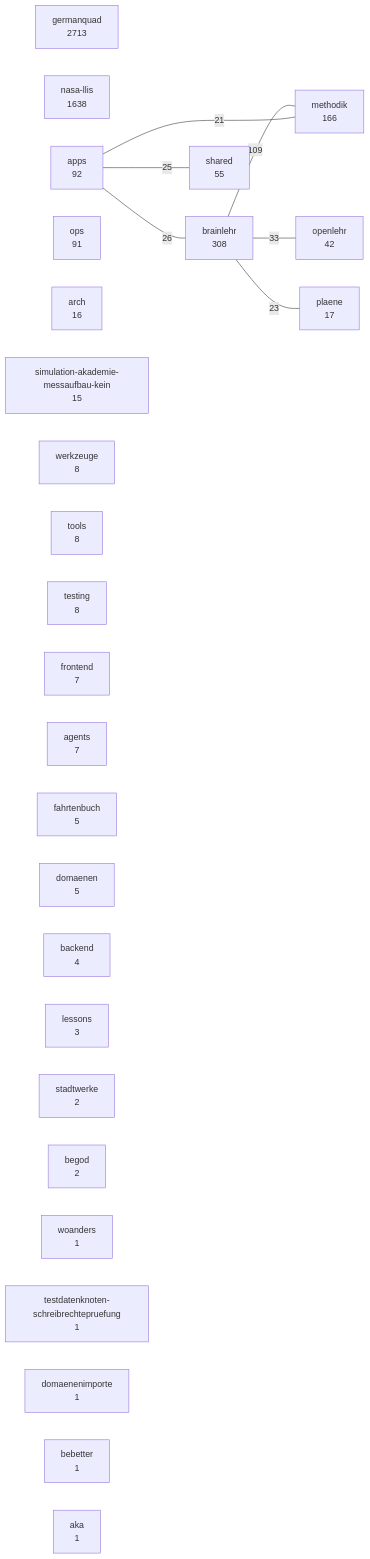
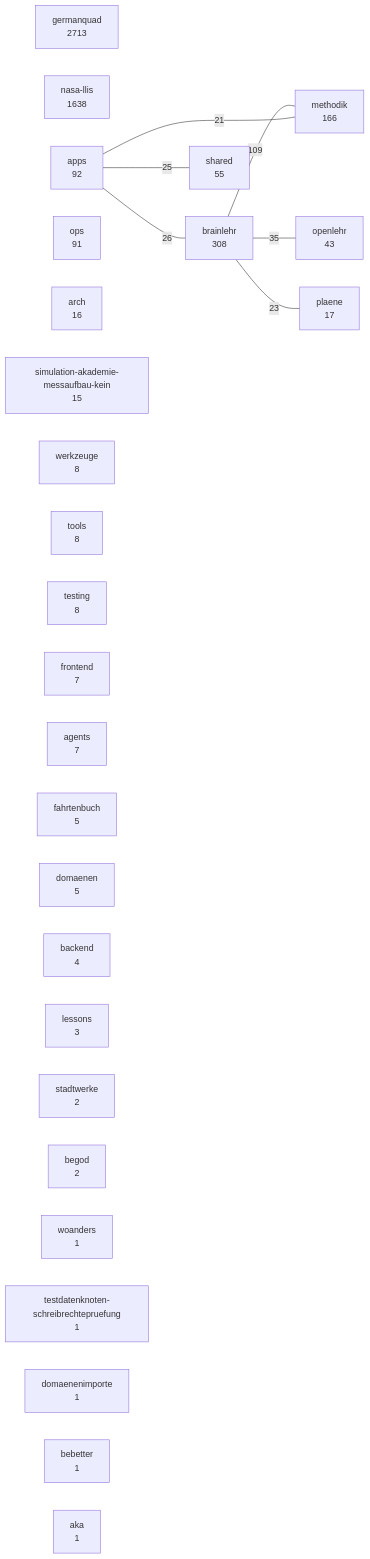
The diagram in docs/karten/bestand.md (3lehr/brainlehr), drawn with Mermaid before and after one commit. The commit also changed 7 other files, not shown here.

````diff
--- a/docs/karten/bestand.md
+++ b/docs/karten/bestand.md
@@ -5,36 +5,36 @@
 ```mermaid
 graph LR
   germanquad["germanquad<br/>2713"]
   nasa_llis["nasa-llis<br/>1638"]
   brainlehr["brainlehr<br/>308"]
   methodik["methodik<br/>166"]
   apps["apps<br/>92"]
   ops["ops<br/>91"]
   shared["shared<br/>55"]
-  openlehr["openlehr<br/>42"]
+  openlehr["openlehr<br/>43"]
   plaene["plaene<br/>17"]
   arch["arch<br/>16"]
   simulation_akademie_messaufbau_kein["simulation-akademie-messaufbau-kein<br/>15"]
   werkzeuge["werkzeuge<br/>8"]
   tools["tools<br/>8"]
   testing["testing<br/>8"]
   frontend["frontend<br/>7"]
   agents["agents<br/>7"]
   fahrtenbuch["fahrtenbuch<br/>5"]
   domaenen["domaenen<br/>5"]
   backend["backend<br/>4"]
   lessons["lessons<br/>3"]
   stadtwerke["stadtwerke<br/>2"]
   begod["begod<br/>2"]
   woanders["woanders<br/>1"]
   testdatenknoten_schreibrechtepruefung["testdatenknoten-schreibrechtepruefung<br/>1"]
   domaenenimporte["domaenenimporte<br/>1"]
   bebetter["bebetter<br/>1"]
   aka["aka<br/>1"]
   brainlehr ---|109| methodik
-  brainlehr ---|33| openlehr
+  brainlehr ---|35| openlehr
   apps ---|26| brainlehr
   apps ---|25| shared
   brainlehr ---|23| plaene
   apps ---|21| methodik
 ```
````
